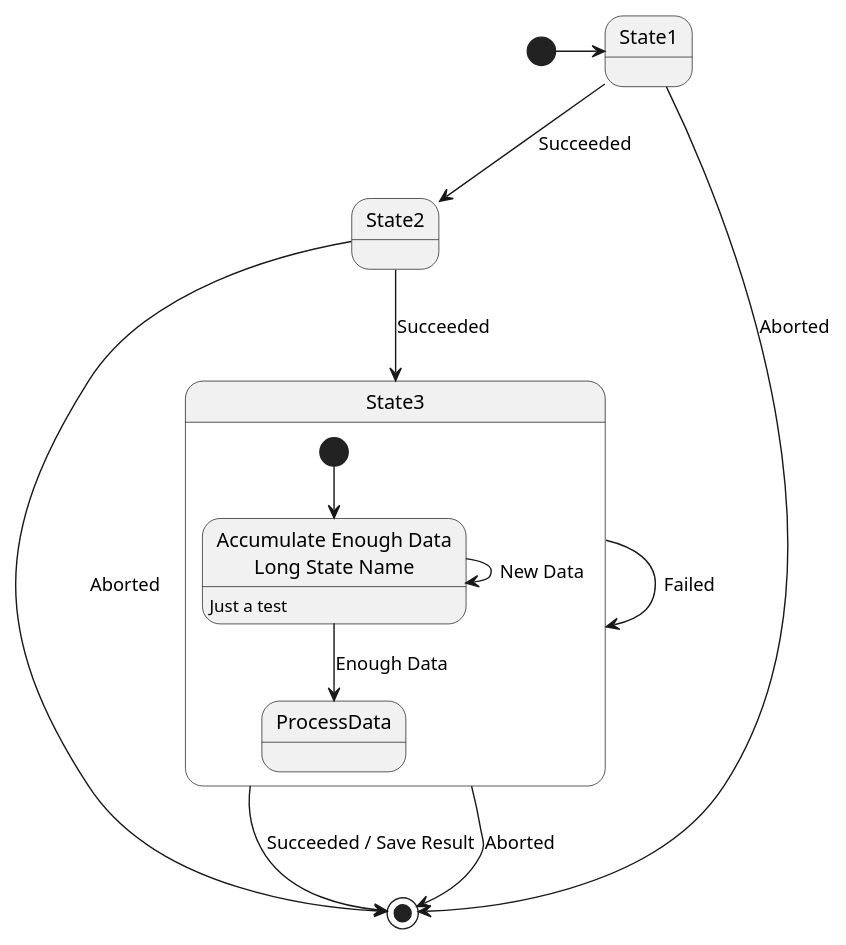
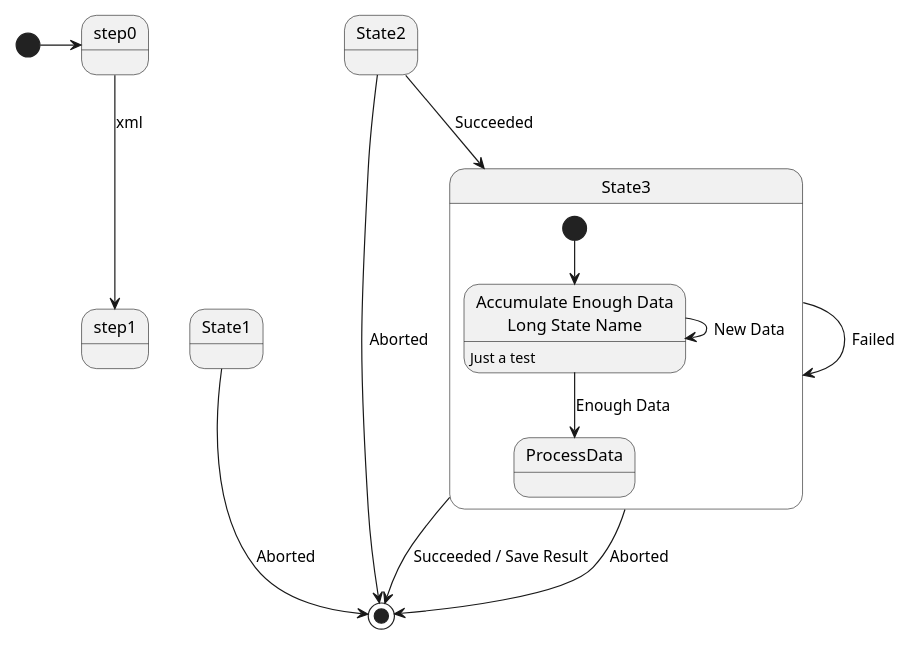
The diagram in docs/uml/state-machine.puml (smeisegeier/kettler-training-data), drawn with PlantUML before and after one commit. The commit also changed 35 other files, not shown here.

```diff
--- a/docs/uml/state-machine.puml
+++ b/docs/uml/state-machine.puml
@@ -1,19 +1,19 @@
 @startuml state-machine
 scale 600 width
 
-[*] -> State1
-State1 --> State2 : Succeeded
+[*] -> step0
+step0 --> step1 : xml
 State1 --> [*] : Aborted
 State2 --> State3 : Succeeded
 State2 --> [*] : Aborted
 state State3 {
   state "Accumulate Enough Data\nLong State Name" as long1
   long1 : Just a test
   [*] --> long1
   long1 --> long1 : New Data
   long1 --> ProcessData : Enough Data
 }
 State3 --> State3 : Failed
 State3 --> [*] : Succeeded / Save Result
 State3 --> [*] : Aborted
 @enduml
```
